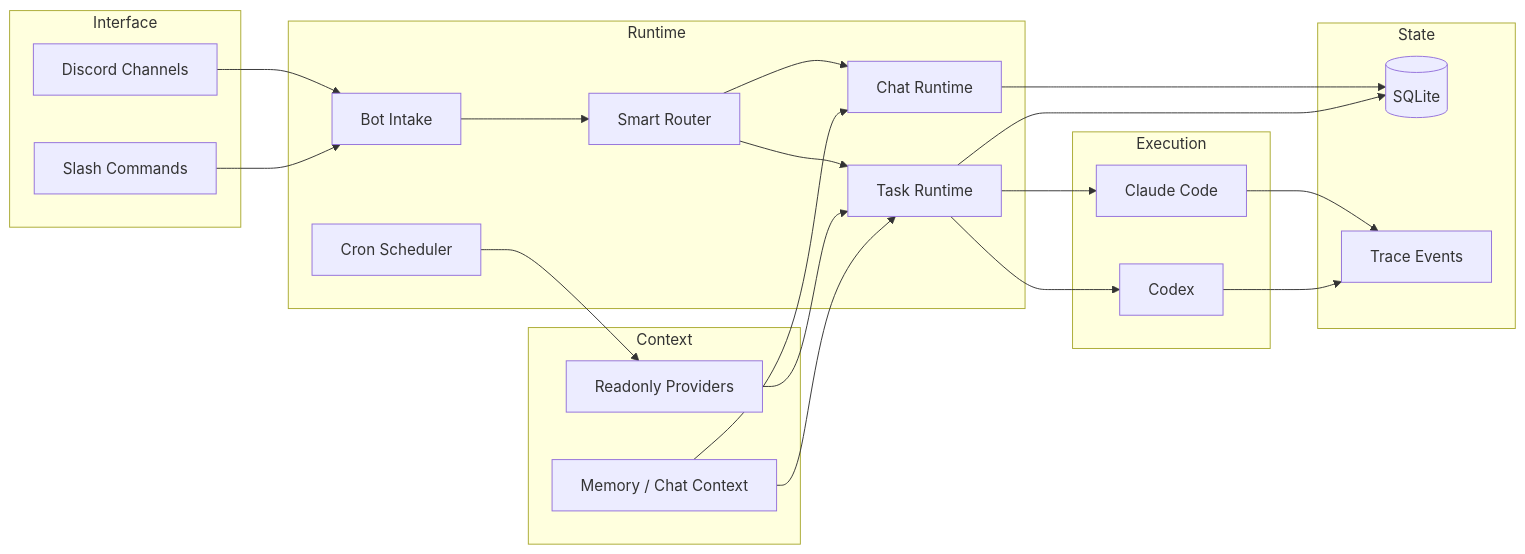
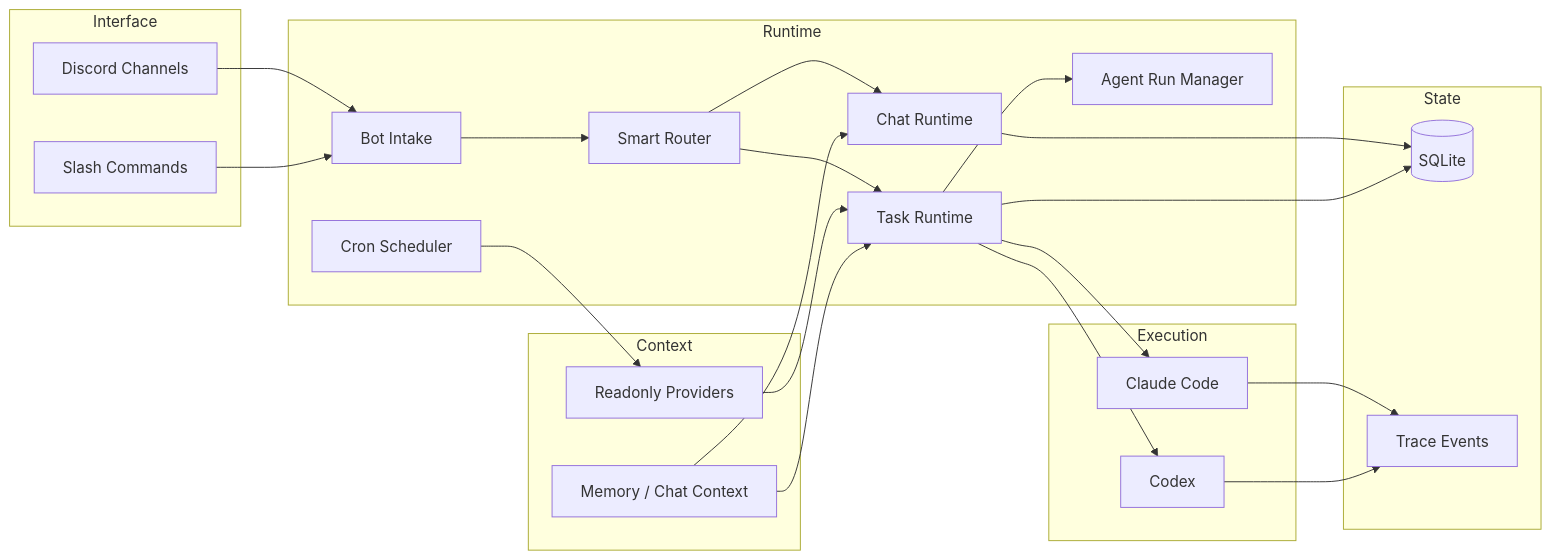
One commit to yuanyunfan/miniclaw changed the first of 2 diagrams in website/en/design/architecture.md. Above: the diagram before and after it, drawn with Mermaid. The commit also changed other lines of this file and 90 other files, not shown here.

````diff
--- a/website/en/design/architecture.md
+++ b/website/en/design/architecture.md
@@ -16,42 +16,44 @@
 ```mermaid
 flowchart LR
   subgraph Interface
     Discord[Discord Channels]
     Slash[Slash Commands]
   end
   subgraph Runtime
     Intake[Bot Intake]
     Router[Smart Router]
     Chat[Chat Runtime]
     Task[Task Runtime]
+    Manager[Agent Run Manager]
     Cron[Cron Scheduler]
   end
   subgraph Context
     Providers[Readonly Providers]
     Memory[Memory / Chat Context]
   end
   subgraph Execution
     Claude[Claude Code]
     Codex[Codex]
   end
   subgraph State
     SQLite[(SQLite)]
     Logs[Trace Events]
   end
 
   Discord --> Intake
   Slash --> Intake
   Intake --> Router
   Router --> Chat
   Router --> Task
+  Task --> Manager
   Cron --> Providers
   Providers --> Task
   Memory --> Chat
   Memory --> Task
   Task --> Claude
   Task --> Codex
   Chat --> SQLite
   Task --> SQLite
   Claude --> Logs
   Codex --> Logs
 ```
````
